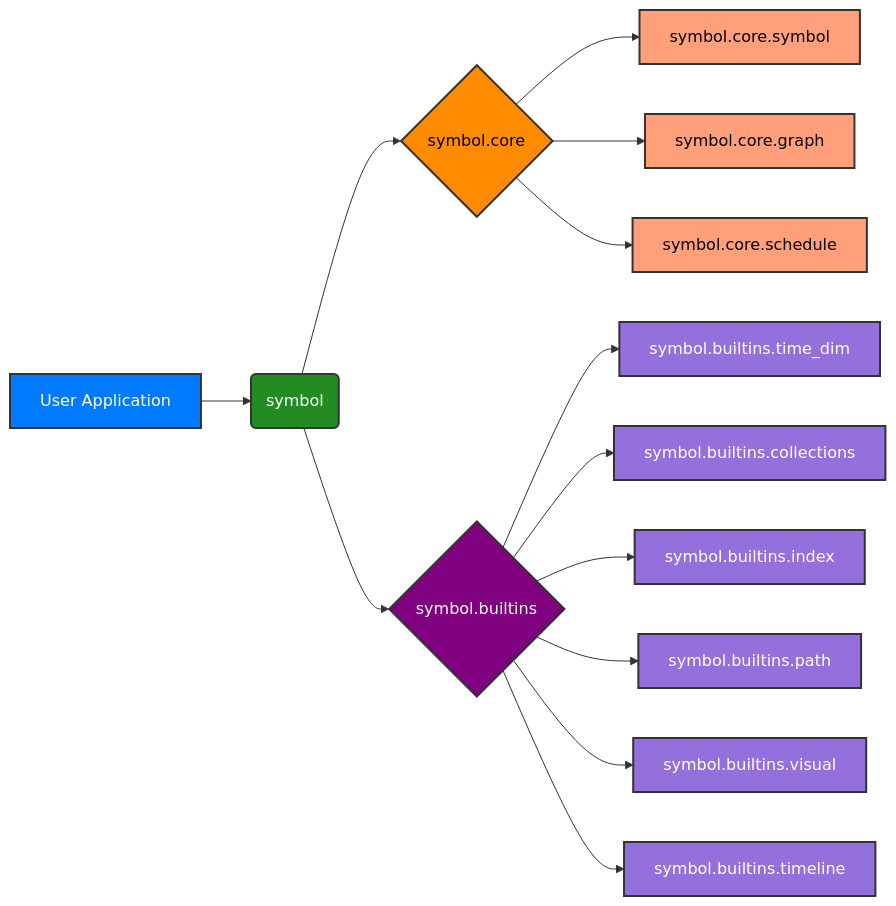
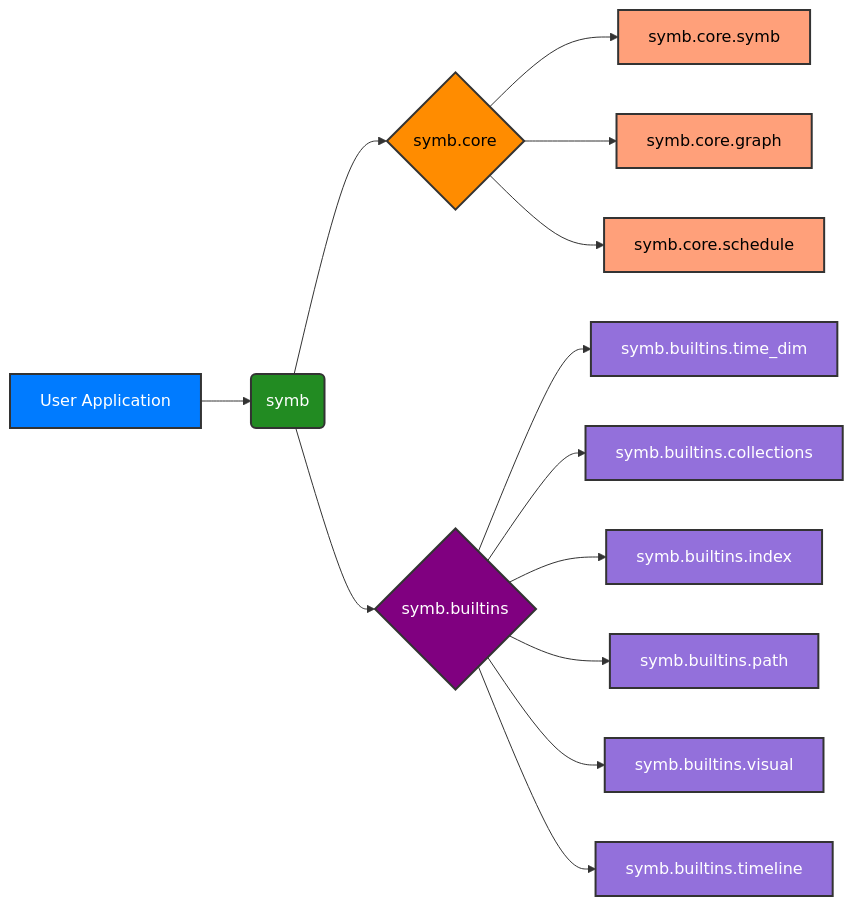
The first of 2 diagrams in docs/development/structure_overview.md (ikko/sym), drawn with Mermaid before and after one commit. The commit also changed other lines of this file and 92 other files, not shown here.

Commit message:
rename symbol to symb

````diff
--- a/docs/development/structure_overview.md
+++ b/docs/development/structure_overview.md
@@ -8,29 +8,29 @@
 ```mermaid
 graph LR
-    A[User Application] --> B(symbol)
-    B --> C{symbol.core}
-    B --> D{symbol.builtins}
-    C --> E[symbol.core.symbol]
-    C --> F[symbol.core.graph]
-    C --> G[symbol.core.schedule]
-    D --> H[symbol.builtins.time_dim]
-    D --> I[symbol.builtins.collections]
-    D --> J[symbol.builtins.index]
-    D --> K[symbol.builtins.path]
-    D --> L[symbol.builtins.visual]
-    D --> M[symbol.builtins.timeline]
+    A[User Application] --> B(symb)
+    B --> C{symb.core}
+    B --> D{symb.builtins}
+    C --> E[symb.core.symb]
+    C --> F[symb.core.graph]
+    C --> G[symb.core.schedule]
+    D --> H[symb.builtins.time_dim]
+    D --> I[symb.builtins.collections]
+    D --> J[symb.builtins.index]
+    D --> K[symb.builtins.path]
+    D --> L[symb.builtins.visual]
+    D --> M[symb.builtins.timeline]
     
     style A fill:#007BFF,stroke:#333,stroke-width:2px,color:#FFFFFF;
     style B fill:#228B22,stroke:#333,stroke-width:2px,color:#FFFFFF;
     style C fill:#FF8C00,stroke:#333,stroke-width:2px,color:#000000;
     style D fill:#800080,stroke:#333,stroke-width:2px,color:#FFFFFF;
     style E fill:#FFA07A,stroke:#333,stroke-width:2px,color:#000000;
     style F fill:#FFA07A,stroke:#333,stroke-width:2px,color:#000000;
     style G fill:#FFA07A,stroke:#333,stroke-width:2px,color:#000000;
     style H fill:#9370DB,stroke:#333,stroke-width:2px,color:#FFFFFF;
     style I fill:#9370DB,stroke:#333,stroke-width:2px,color:#FFFFFF;
     style J fill:#9370DB,stroke:#333,stroke-width:2px,color:#FFFFFF;
     style K fill:#9370DB,stroke:#333,stroke-width:2px,color:#FFFFFF;
     style L fill:#9370DB,stroke:#333,stroke-width:2px,color:#FFFFFF;
     style M fill:#9370DB,stroke:#333,stroke-width:2px,color:#FFFFFF;
 ```
````
